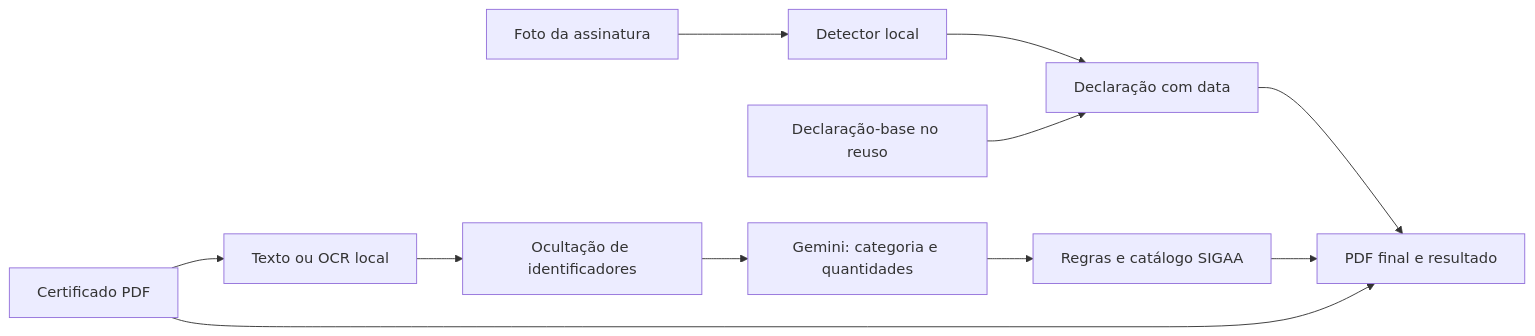
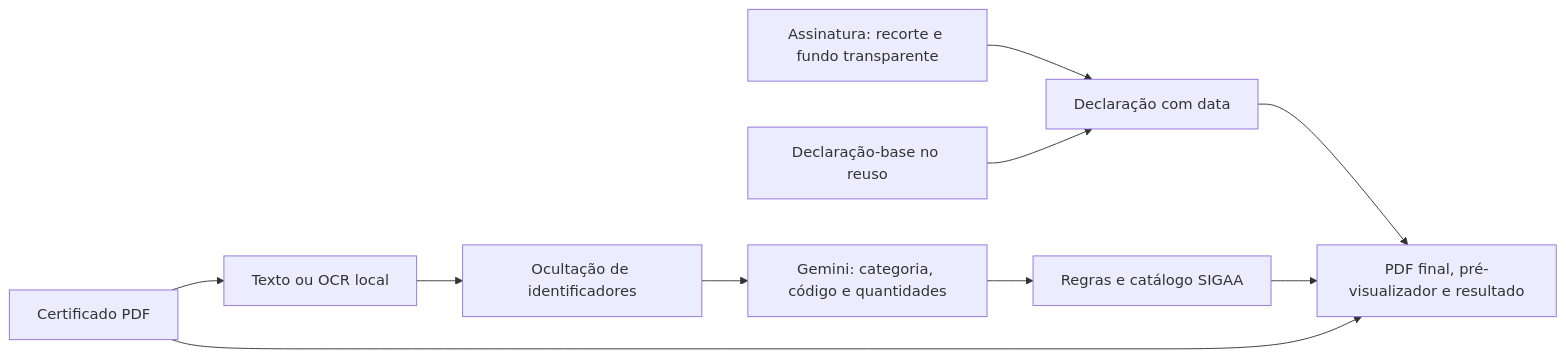
One commit to catarina051/horas-complementares-ia changed the diagram in README.md. Above: the diagram before and after it, drawn with Mermaid. The commit also changed other lines of this file, not shown here.

Commit message:
Documenta assinatura com IA, editor manual e pré-visualização

````diff
--- a/README.md
+++ b/README.md
@@ -81,13 +77,12 @@
 ```mermaid
 flowchart LR
     C[Certificado PDF] --> O[Texto ou OCR local]
     O --> A[Ocultação de identificadores]
-    A --> L[Gemini: categoria e quantidades]
+    A --> L[Gemini: categoria, código e quantidades]
     L --> R[Regras e catálogo SIGAA]
-    S[Foto da assinatura] --> V[Detector local]
-    V --> D[Declaração com data]
+    S[Assinatura: recorte e fundo transparente] --> D[Declaração com data]
     B[Declaração-base no reuso] --> D
-    D --> M[PDF final e resultado]
+    D --> M[PDF final, pré-visualizador e resultado]
     R --> M
     C --> M
 ```
````
